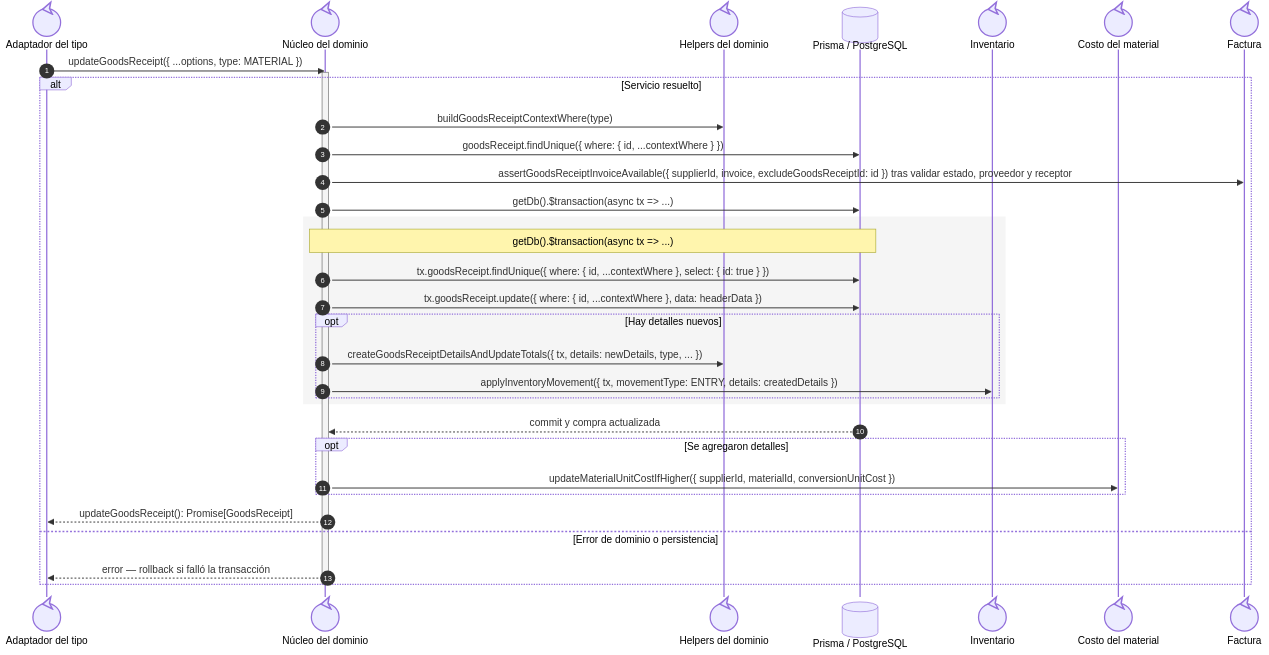
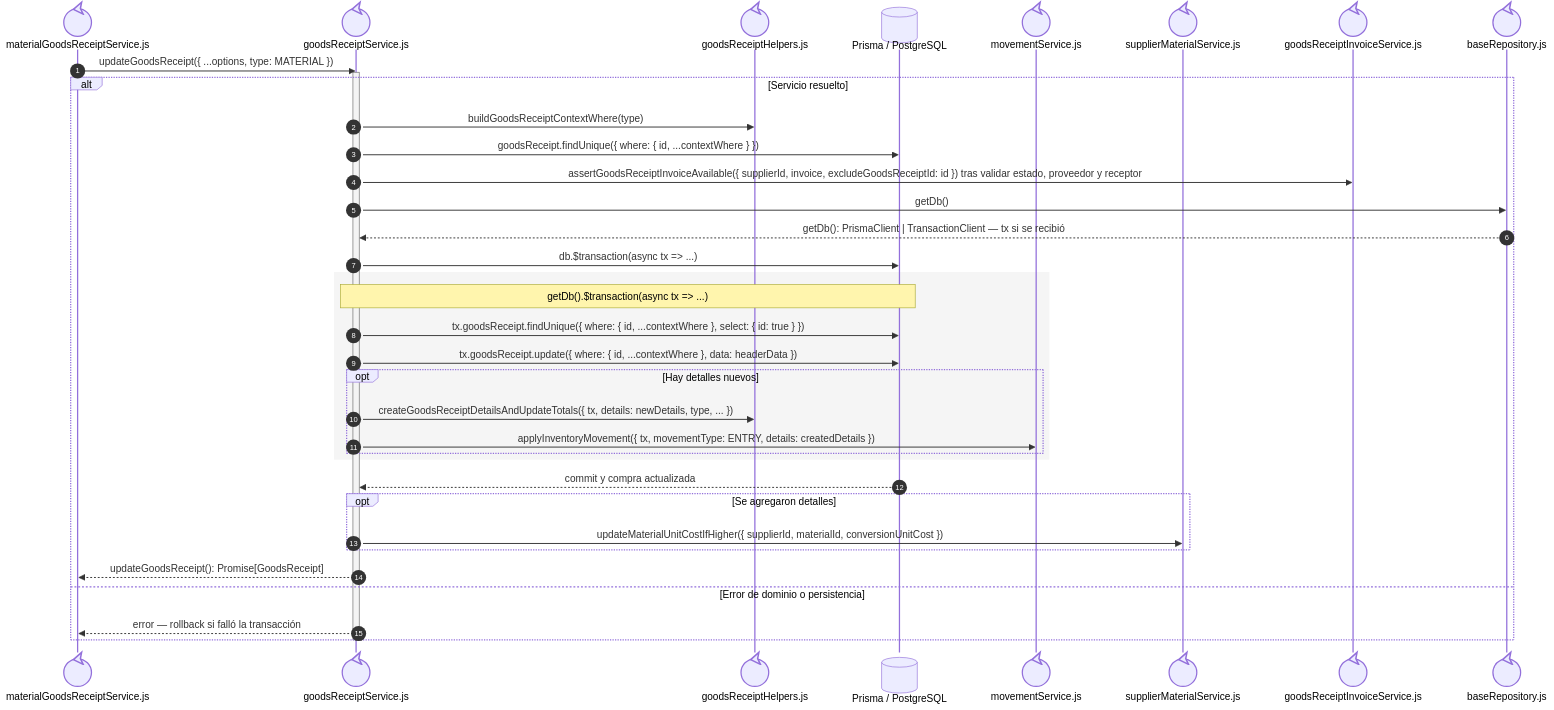
Before and after one commit to gpgsistemas01/nexus: the fourth of 6 diagrams in docs/architecture/views/processes/backend-code-sequences/purchases/cu-ent-03.md, drawn with Mermaid. The commit also changed other lines of this file and 192 other files, not shown here.

Commit message:
docs: make sequence file ownership explicit and align code flows

````diff
--- a/docs/architecture/views/processes/backend-code-sequences/purchases/cu-ent-03.md
+++ b/docs/architecture/views/processes/backend-code-sequences/purchases/cu-ent-03.md
@@ -101,37 +158,41 @@
 ```mermaid
 sequenceDiagram
     autonumber
-    participant Facade@{ "type": "control" } as Adaptador del tipo
-    participant Core@{ "type": "control" } as Núcleo del dominio
-    participant Helpers@{ "type": "control" } as Helpers del dominio
+    participant Facade@{ "type": "control" } as materialGoodsReceiptService.js
+    participant Core@{ "type": "control" } as goodsReceiptService.js
+    participant Helpers@{ "type": "control" } as goodsReceiptHelpers.js
     participant Prisma@{ "type": "database" } as Prisma / PostgreSQL
-    participant Inventory@{ "type": "control" } as Inventario
-    participant Costs@{ "type": "control" } as Costo del material
-    participant Invoice@{ "type": "control" } as Factura
+    participant Inventory@{ "type": "control" } as movementService.js
+    participant Costs@{ "type": "control" } as supplierMaterialService.js
+    participant Invoice@{ "type": "control" } as goodsReceiptInvoiceService.js
+
+    participant FileBaseRepository@{ "type": "control" } as baseRepository.js
 
     Facade->>Core: updateGoodsReceipt({ ...options, type: MATERIAL })
     activate Core
     alt Servicio resuelto
         Core->>Helpers: buildGoodsReceiptContextWhere(type)
         Core->>Prisma: goodsReceipt.findUnique({ where: { id, ...contextWhere } })
         Core->>Invoice: assertGoodsReceiptInvoiceAvailable({ supplierId, invoice, excludeGoodsReceiptId: id }) tras validar estado, proveedor y receptor
-        Core->>Prisma: getDb().$transaction(async tx => ...)
+        Core->>FileBaseRepository: getDb()
+        FileBaseRepository-->>Core: getDb(): PrismaClient | TransactionClient — tx si se recibió
+        Core->>Prisma: db.$transaction(async tx => ...)
         rect rgb(245, 245, 245)
             Note over Core,Prisma: getDb().$transaction(async tx => ...)
             Core->>Prisma: tx.goodsReceipt.findUnique({ where: { id, ...contextWhere }, select: { id: true } })
             Core->>Prisma: tx.goodsReceipt.update({ where: { id, ...contextWhere }, data: headerData })
             opt Hay detalles nuevos
                 Core->>Helpers: createGoodsReceiptDetailsAndUpdateTotals({ tx, details: newDetails, type, ... })
                 Core->>Inventory: applyInventoryMovement({ tx, movementType: ENTRY, details: createdDetails })
             end
         end
         Prisma-->>Core: commit y compra actualizada
         opt Se agregaron detalles
             Core->>Costs: updateMaterialUnitCostIfHigher({ supplierId, materialId, conversionUnitCost })
         end
         Core-->>Facade: updateGoodsReceipt(): Promise[GoodsReceipt]
     else Error de dominio o persistencia
         Core-->>Facade: error — rollback si falló la transacción
     end
     deactivate Core
 ```
````
